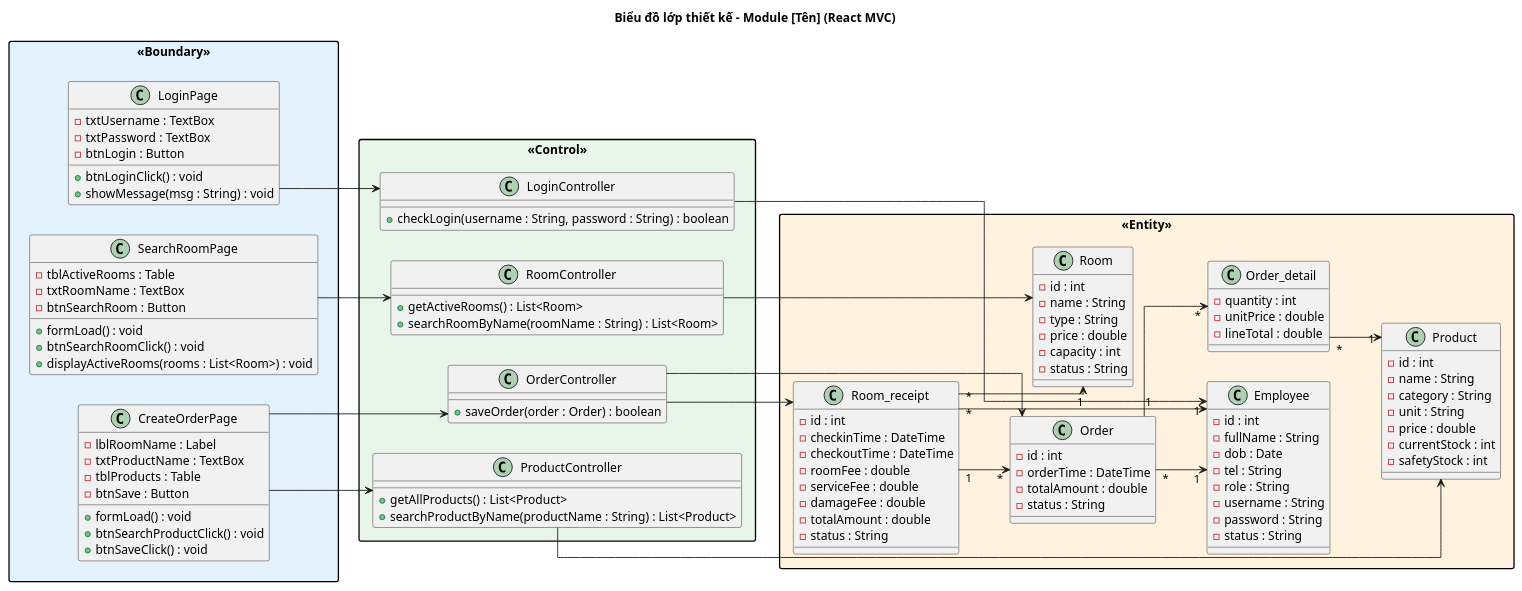
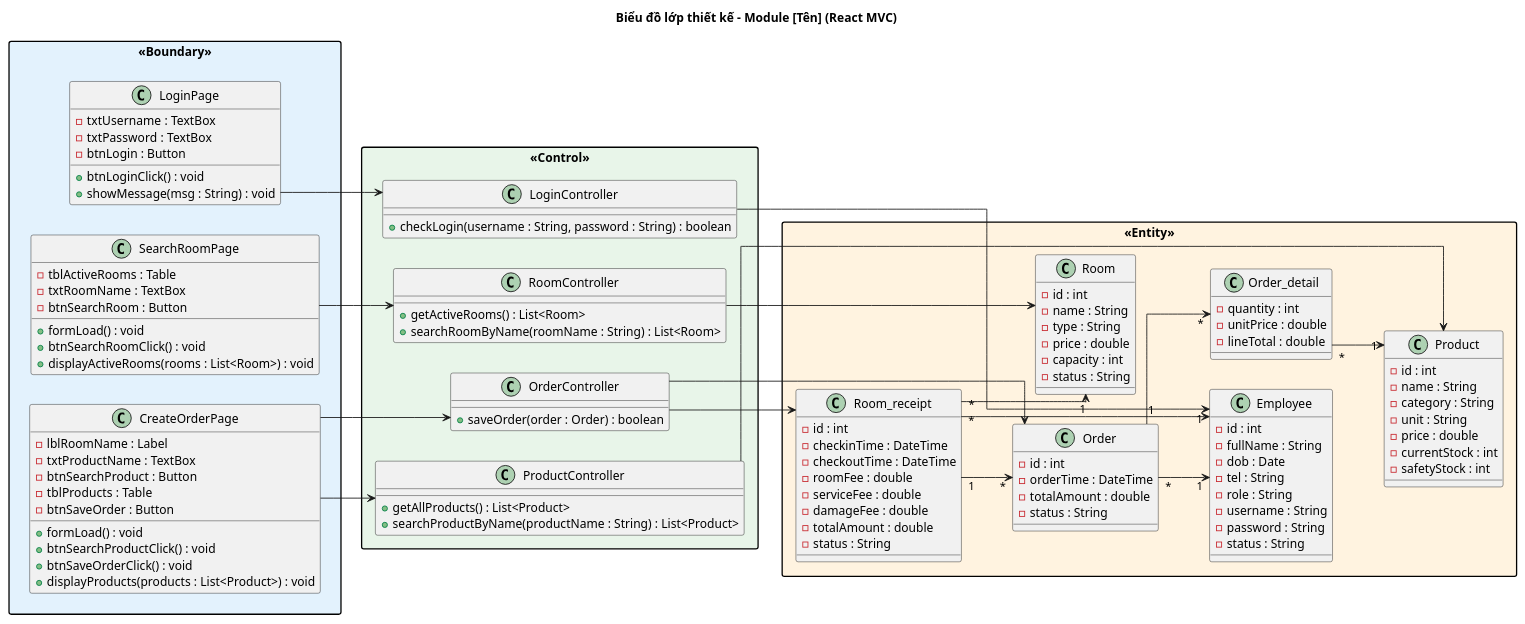
The second of 2 diagrams in .claude/skills/cnpm/references/iii.3.2_sodo_lop_thietke.md (thanhtrnnn/cnpm), drawn with PlantUML before and after one commit. The commit also changed other lines of this file and 12 other files, not shown here.

First line of the commit message:
feat: React MVC naming conventions + PlantUML theme Arial + UC rules

```diff
--- a/.claude/skills/cnpm/references/iii.3.2_sodo_lop_thietke.md
+++ b/.claude/skills/cnpm/references/iii.3.2_sodo_lop_thietke.md
@@ -191,11 +187,13 @@
     class CreateOrderPage {
       -lblRoomName : Label
       -txtProductName : TextBox
+      -btnSearchProduct : Button
       -tblProducts : Table
-      -btnSave : Button
+      -btnSaveOrder : Button
       +formLoad() : void
       +btnSearchProductClick() : void
-      +btnSaveClick() : void
+      +btnSaveOrderClick() : void
+      +displayProducts(products : List<Product>) : void
     }
   }
 }
```
